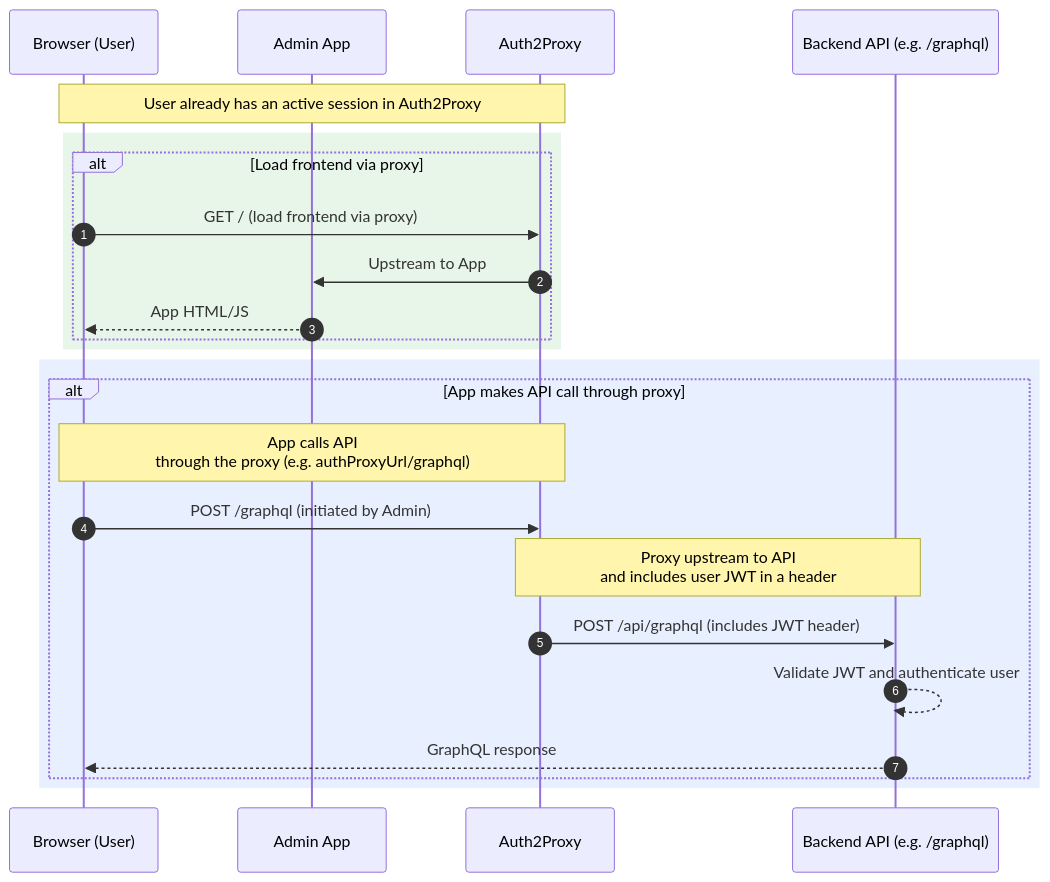
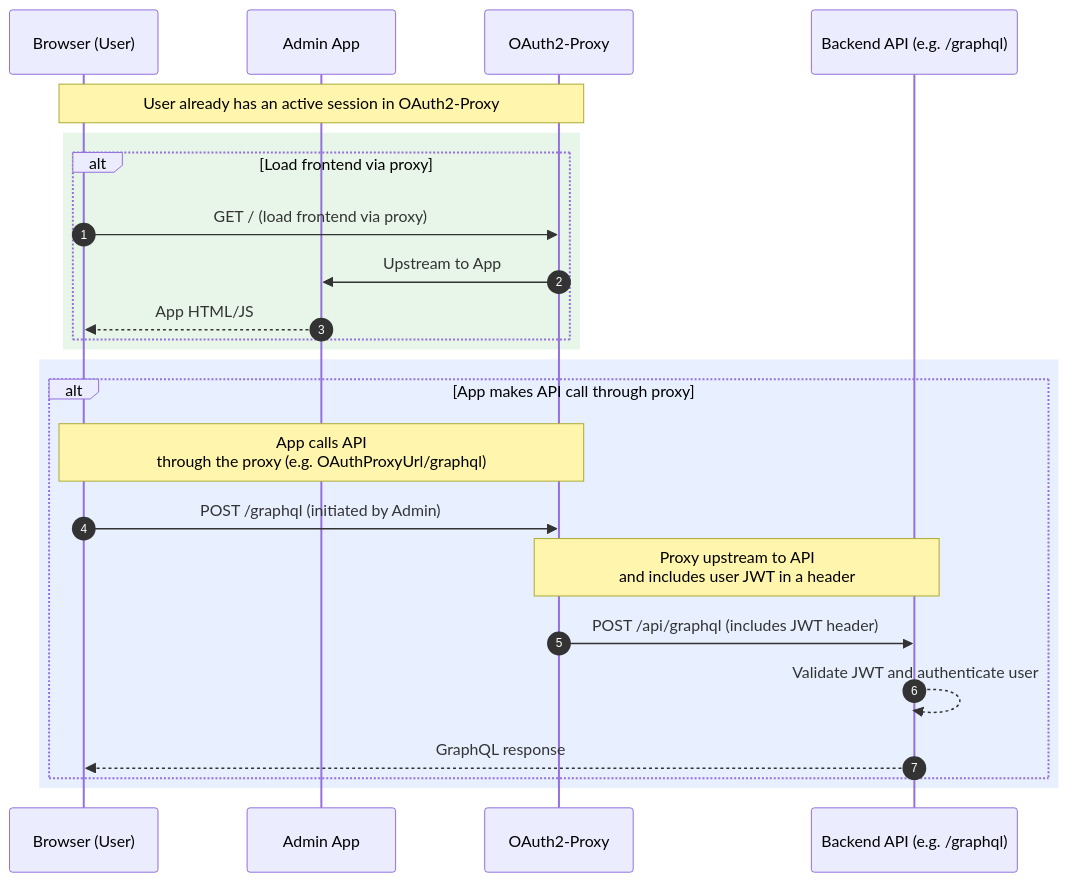
The second of 2 diagrams in docs/docs/2-core-concepts/8-authentication/index.md (vivid-planet/comet), drawn with Mermaid before and after one commit. The commit also changed other lines of this file, not shown here.

Commit message:
refactor AuthProxy to OAuth2-Proxy

````diff
--- a/docs/docs/2-core-concepts/8-authentication/index.md
+++ b/docs/docs/2-core-concepts/8-authentication/index.md
@@ -89,32 +89,32 @@
 ```mermaid
 sequenceDiagram
     autonumber
     participant B as Browser (User)
     participant A as Admin App
-    participant P as Auth2Proxy
+    participant P as OAuth2-Proxy
     participant API as Backend API (e.g. /graphql)
 
-    Note over B,P: User already has an active session in Auth2Proxy
+    Note over B,P: User already has an active session in OAuth2-Proxy
 
     rect rgb(232,245,233)
         alt Load frontend via proxy
             B->>P: GET / (load frontend via proxy)
             P->>A: Upstream to App
             A-->>B: App HTML/JS
         end
     end
 
     rect rgb(232,240,255)
         alt App makes API call through proxy
-            Note over B,P: App calls API<br/> through the proxy (e.g. authProxyUrl/graphql)
+            Note over B,P: App calls API<br/> through the proxy (e.g. OAuthProxyUrl/graphql)
             B->>P: POST /graphql (initiated by Admin)
             Note over P,API: Proxy upstream to API<br/>and includes user JWT in a header
 
             P->>API: POST /api/graphql (includes JWT header)
             API-->>API: Validate JWT and authenticate user
             API-->>B: GraphQL response
         end
     end
 
 
 ```
````
